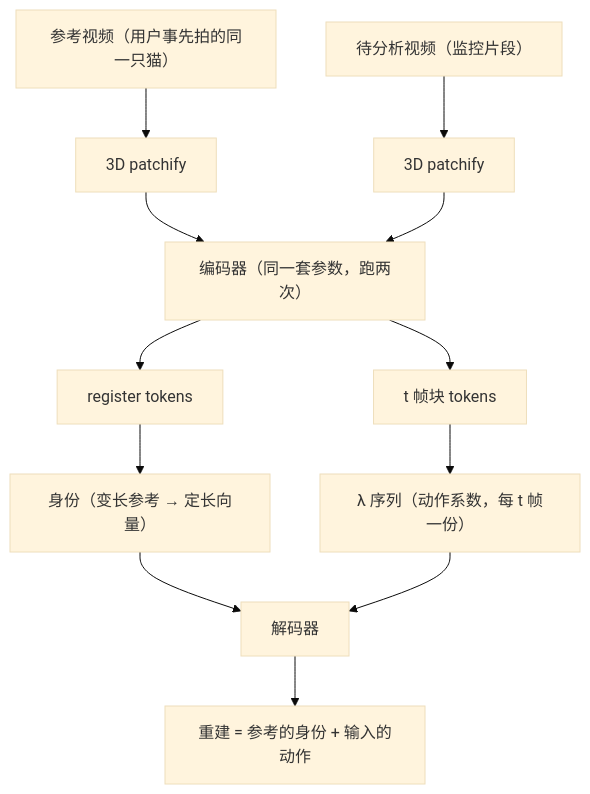
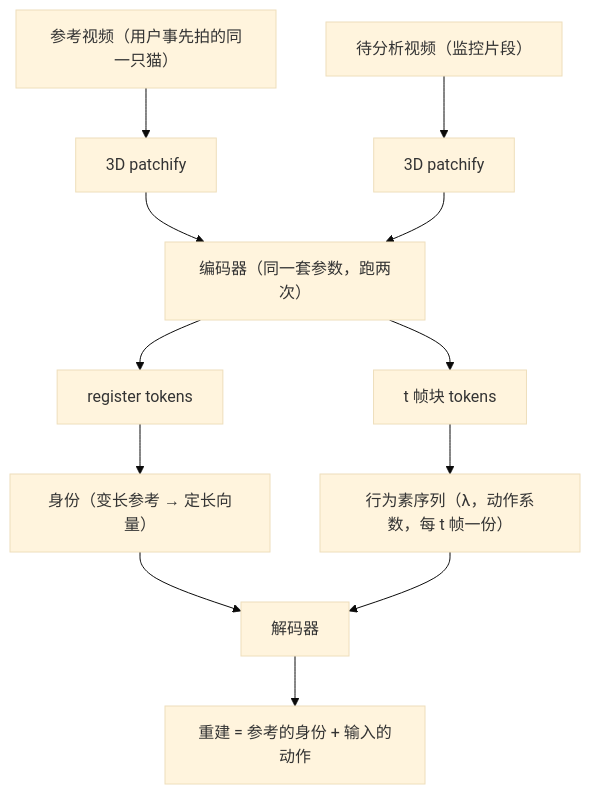
One commit to gongshangzheng/pet-action-recognition changed the second of 3 diagrams in management/docs/identity-tokenizer.md. Above: the diagram before and after it, drawn with Mermaid (base theme). The commit also changed other lines of this file and 6 other files, not shown here.

````diff
--- a/management/docs/identity-tokenizer.md
+++ b/management/docs/identity-tokenizer.md
@@ -422,14 +534,14 @@
 ```mermaid
 flowchart TB
     REF["参考视频（用户事先拍的同一只猫）"] --> P1["3D patchify"]
     IN["待分析视频（监控片段）"] --> P2["3D patchify"]
     P1 --> ENC["编码器（同一套参数，跑两次）"]
     P2 --> ENC
     ENC --> REG["register tokens"]
     ENC --> TUB["t 帧块 tokens"]
     REG --> ID["身份（变长参考 → 定长向量）"]
-    TUB --> LAM["λ 序列（动作系数，每 t 帧一份）"]
+    TUB --> LAM["行为素序列（λ，动作系数，每 t 帧一份）"]
     ID --> DEC["解码器"]
     LAM --> DEC
     DEC --> REC["重建 = 参考的身份 + 输入的动作"]
 ```
````
